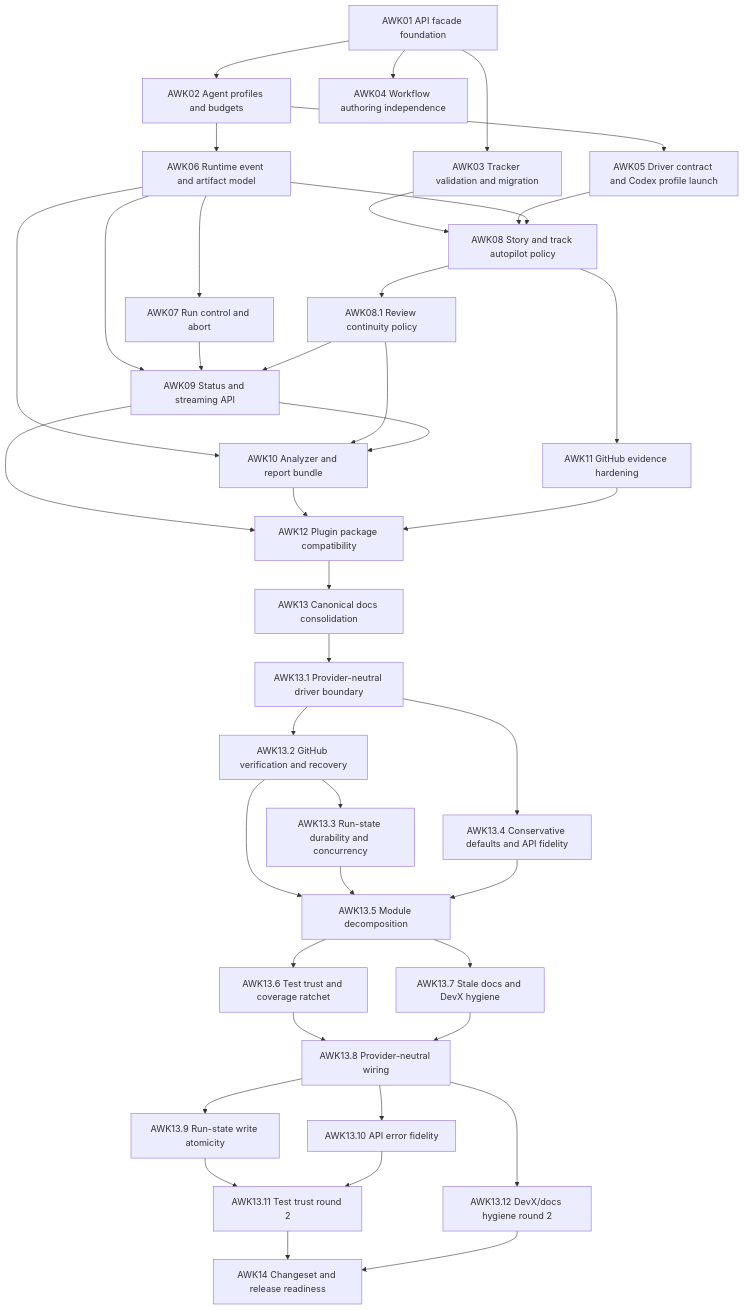
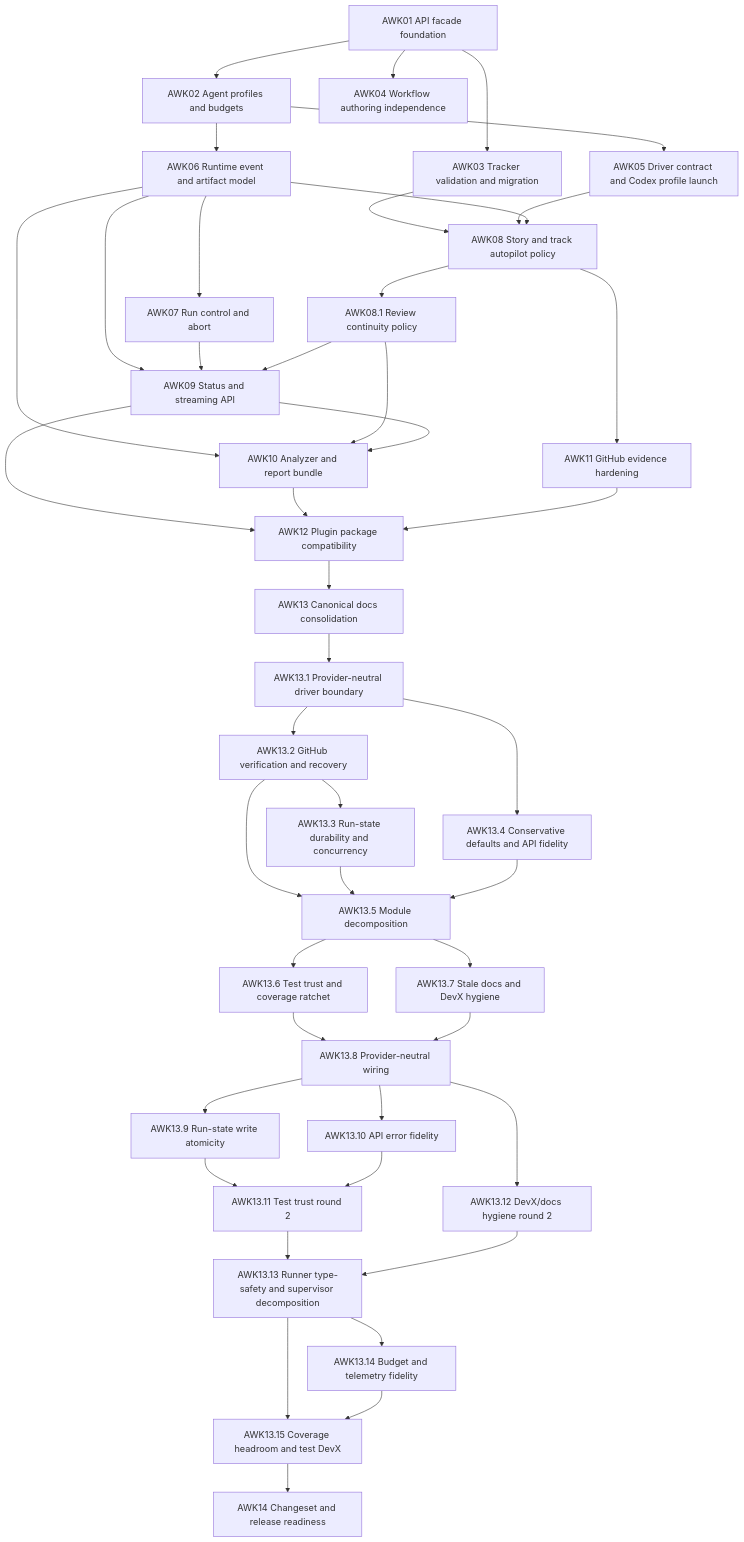
One commit to aryeko/agentic-workflow-kit changed the diagram in docs/tracks/agentic-workflow-kit-redesign/README.md. Above: the diagram before and after it, drawn with Mermaid. The commit also changed other lines of this file and 6 other files, not shown here.

````diff
--- a/docs/tracks/agentic-workflow-kit-redesign/README.md
+++ b/docs/tracks/agentic-workflow-kit-redesign/README.md
@@ -51,70 +59,77 @@
 ```mermaid
 flowchart TD
   AWK01[AWK01 API facade foundation]
   AWK02[AWK02 Agent profiles and budgets]
   AWK03[AWK03 Tracker validation and migration]
   AWK04[AWK04 Workflow authoring independence]
   AWK05[AWK05 Driver contract and Codex profile launch]
   AWK06[AWK06 Runtime event and artifact model]
   AWK07[AWK07 Run control and abort]
   AWK08[AWK08 Story and track autopilot policy]
   AWK081[AWK08.1 Review continuity policy]
   AWK09[AWK09 Status and streaming API]
   AWK10[AWK10 Analyzer and report bundle]
   AWK11[AWK11 GitHub evidence hardening]
   AWK12[AWK12 Plugin package compatibility]
   AWK13[AWK13 Canonical docs consolidation]
   AWK131[AWK13.1 Provider-neutral driver boundary]
   AWK132[AWK13.2 GitHub verification and recovery]
   AWK133[AWK13.3 Run-state durability and concurrency]
   AWK134[AWK13.4 Conservative defaults and API fidelity]
   AWK135[AWK13.5 Module decomposition]
   AWK136[AWK13.6 Test trust and coverage ratchet]
   AWK137[AWK13.7 Stale docs and DevX hygiene]
   AWK138[AWK13.8 Provider-neutral wiring]
   AWK139[AWK13.9 Run-state write atomicity]
   AWK1310[AWK13.10 API error fidelity]
   AWK1311[AWK13.11 Test trust round 2]
   AWK1312[AWK13.12 DevX/docs hygiene round 2]
+  AWK1313[AWK13.13 Runner type-safety and supervisor decomposition]
+  AWK1314[AWK13.14 Budget and telemetry fidelity]
+  AWK1315[AWK13.15 Coverage headroom and test DevX]
   AWK14[AWK14 Changeset and release readiness]
 
   AWK01 --> AWK02
   AWK01 --> AWK03
   AWK01 --> AWK04
   AWK02 --> AWK05
   AWK02 --> AWK06
   AWK03 --> AWK08
   AWK05 --> AWK08
   AWK06 --> AWK07
   AWK06 --> AWK08
   AWK06 --> AWK09
   AWK06 --> AWK10
   AWK07 --> AWK09
   AWK08 --> AWK081
   AWK081 --> AWK09
   AWK081 --> AWK10
   AWK08 --> AWK11
   AWK09 --> AWK10
   AWK09 --> AWK12
   AWK10 --> AWK12
   AWK11 --> AWK12
   AWK12 --> AWK13
   AWK13 --> AWK131
   AWK131 --> AWK132
   AWK131 --> AWK134
   AWK132 --> AWK133
   AWK132 --> AWK135
   AWK133 --> AWK135
   AWK134 --> AWK135
   AWK135 --> AWK136
   AWK135 --> AWK137
   AWK136 --> AWK138
   AWK137 --> AWK138
   AWK138 --> AWK139
   AWK138 --> AWK1310
   AWK138 --> AWK1312
   AWK139 --> AWK1311
   AWK1310 --> AWK1311
-  AWK1311 --> AWK14
-  AWK1312 --> AWK14
+  AWK1311 --> AWK1313
+  AWK1312 --> AWK1313
+  AWK1313 --> AWK1314
+  AWK1313 --> AWK1315
+  AWK1314 --> AWK1315
+  AWK1315 --> AWK14
 ```
````
